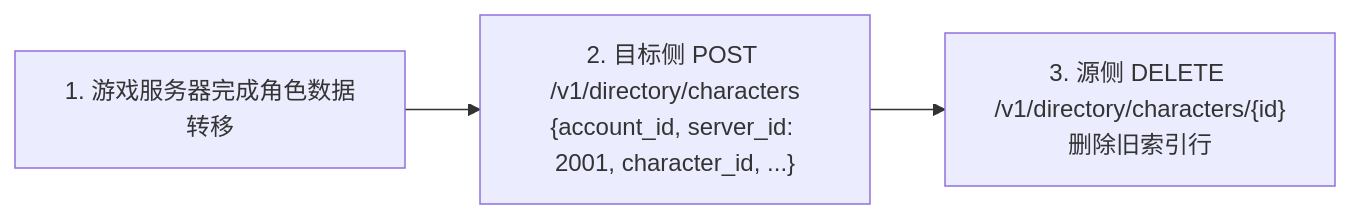
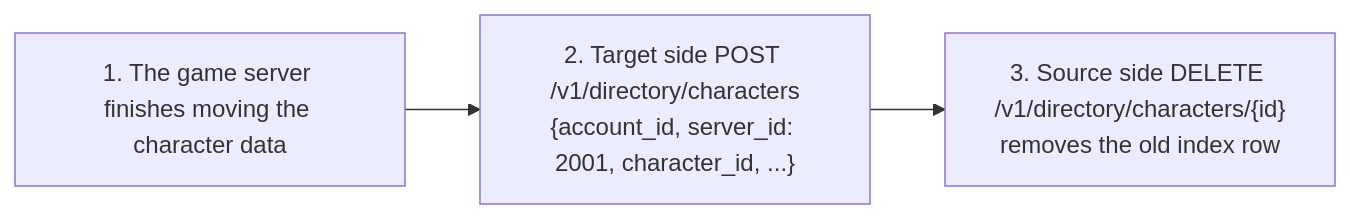
The third of 6 diagrams in docs/migration.md (cuihairu/atlas), drawn with Mermaid before and after one commit. The commit also changed other lines of this file and 80 other files, not shown here.

````diff
--- a/docs/migration.md
+++ b/docs/migration.md
@@ -92,4 +109,4 @@
 ```mermaid
 flowchart LR
-    T1["1. 游戏服务器完成角色数据转移"] --> T2["2. 目标侧 POST /v1/directory/characters<br/>{account_id, server_id: 2001, character_id, ...}"] --> T3["3. 源侧 DELETE /v1/directory/characters/{id}<br/>删除旧索引行"]
+    T1["1. The game server finishes moving the character data"] --> T2["2. Target side POST /v1/directory/characters<br/>{account_id, server_id: 2001, character_id, ...}"] --> T3["3. Source side DELETE /v1/directory/characters/{id}<br/>removes the old index row"]
 ```
````
